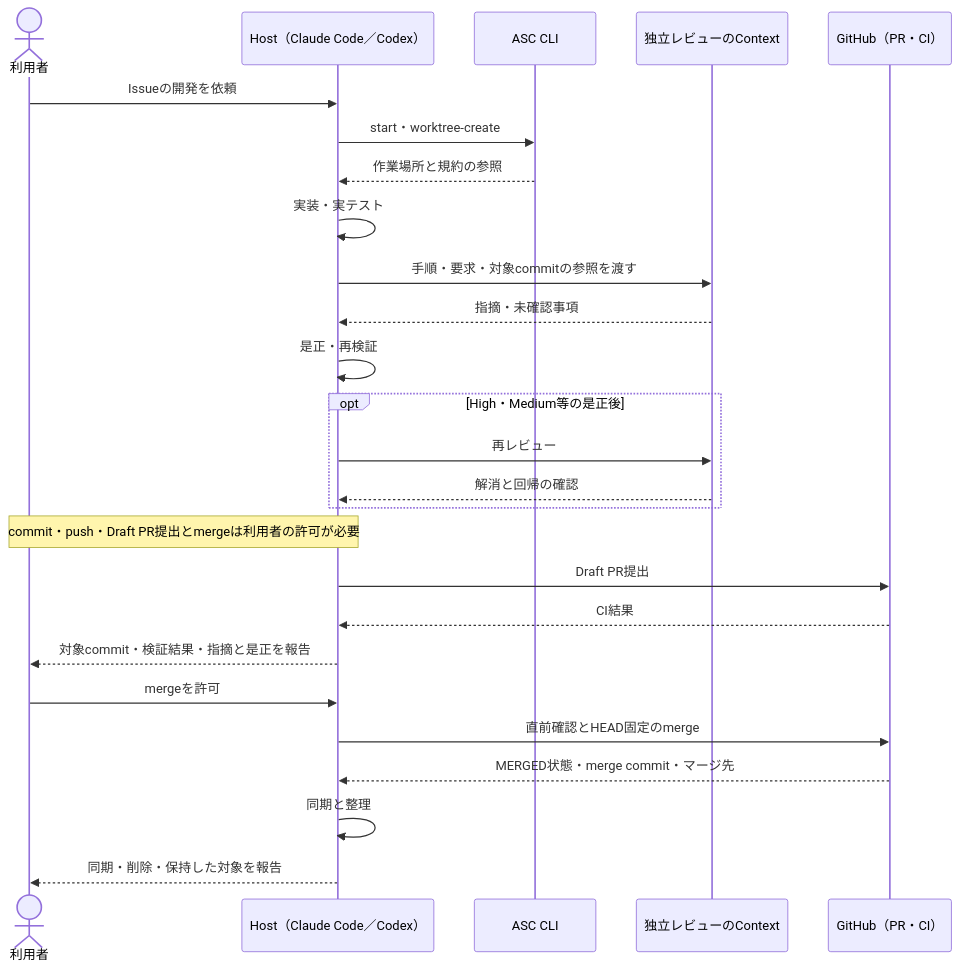
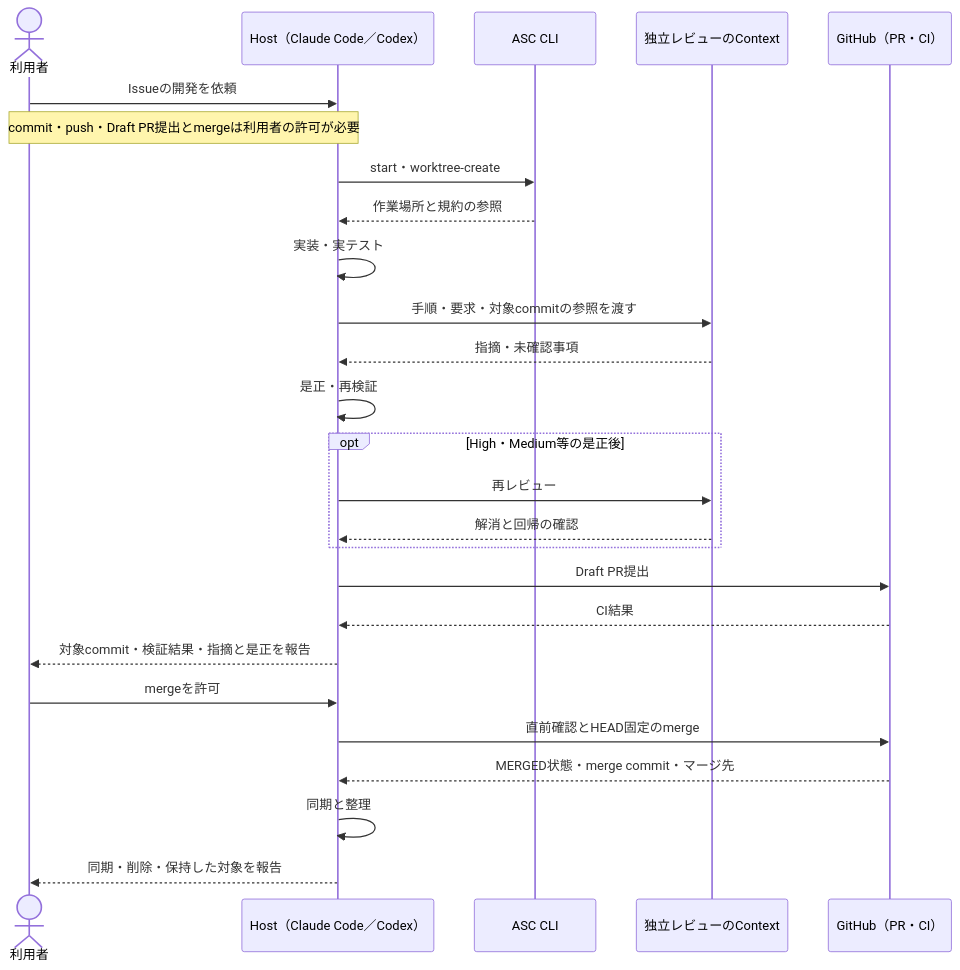
One commit to techbeansjp-free/AGENTS.md changed the second of 2 diagrams in README.md. Above: the diagram before and after it, drawn with Mermaid. The commit also changed other lines of this file, not shown here.

````diff
--- a/README.md
+++ b/README.md
@@ -50,28 +50,28 @@
 ```mermaid
 sequenceDiagram
   actor U as 利用者
   participant H as Host（Claude Code／Codex）
   participant C as ASC CLI
   participant R as 独立レビューのContext
   participant G as GitHub（PR・CI）
   U->>H: Issueの開発を依頼
+  Note over U,H: commit・push・Draft PR提出とmergeは利用者の許可が必要
   H->>C: start・worktree-create
   C-->>H: 作業場所と規約の参照
   H->>H: 実装・実テスト
   H->>R: 手順・要求・対象commitの参照を渡す
   R-->>H: 指摘・未確認事項
   H->>H: 是正・再検証
   opt High・Medium等の是正後
     H->>R: 再レビュー
     R-->>H: 解消と回帰の確認
   end
-  Note over U,H: commit・push・Draft PR提出とmergeは利用者の許可が必要
   H->>G: Draft PR提出
   G-->>H: CI結果
   H-->>U: 対象commit・検証結果・指摘と是正を報告
   U->>H: mergeを許可
   H->>G: 直前確認とHEAD固定のmerge
   G-->>H: MERGED状態・merge commit・マージ先
   H->>H: 同期と整理
   H-->>U: 同期・削除・保持した対象を報告
 ```
````
